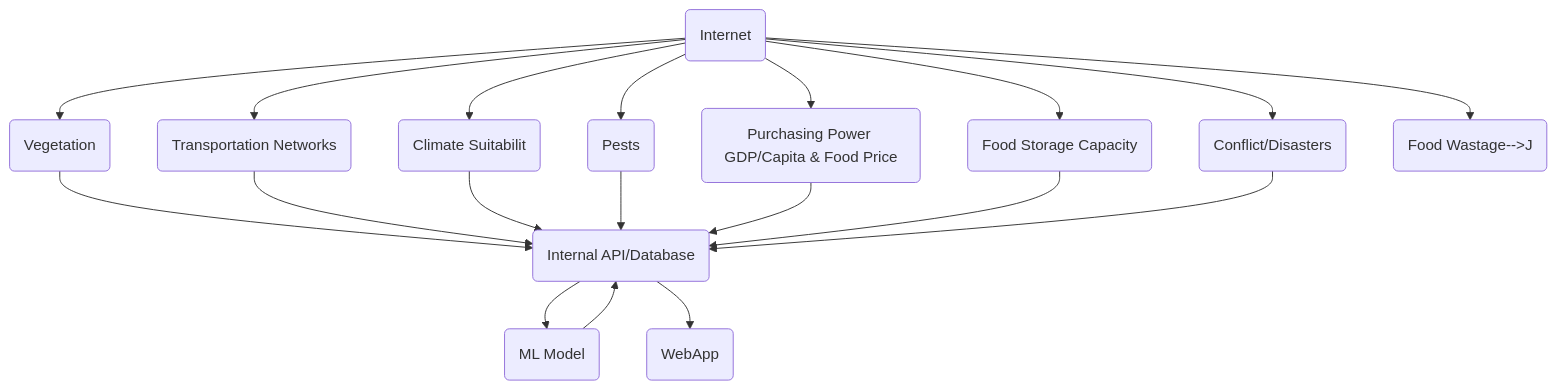
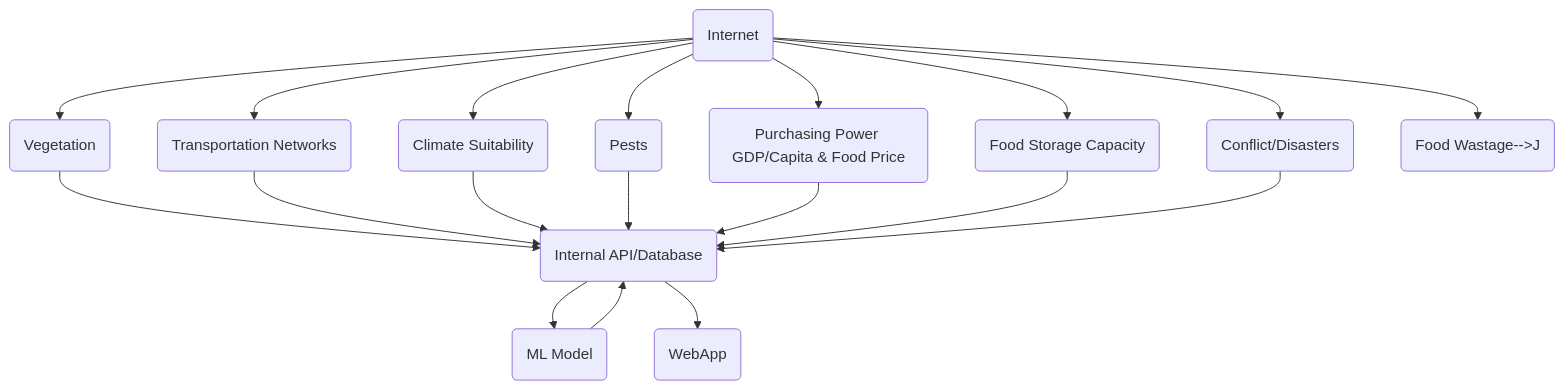
The diagram in backend/readme.md (DivitC25/PCS-FoodWatch), drawn with Mermaid before and after one commit. The commit also changed other lines of this file and 2 other files, not shown here.

````diff
--- a/backend/readme.md
+++ b/backend/readme.md
@@ -32,13 +10,13 @@
 ```mermaid
 graph TD;
 A(Internet)-->B(Vegetation)-->J(Internal API/Database);
 A(Internet)-->C(Transportation Networks)-->J;
-A(Internet)-->D(Climate Suitabilit)-->J;
+A(Internet)-->D(Climate Suitability)-->J;
 A(Internet)-->E(Pests)-->J;
 A(Internet)-->F(Purchasing Power GDP/Capita & Food Price)-->J;
 A(Internet)-->G(Food Storage Capacity)-->J;
 A(Internet)-->H(Conflict/Disasters)-->J;
 A(Internet)-->I(Food Wastage-->J)
 J-->K(ML Model)-->J
 J-->L(WebApp)
 ```
````
